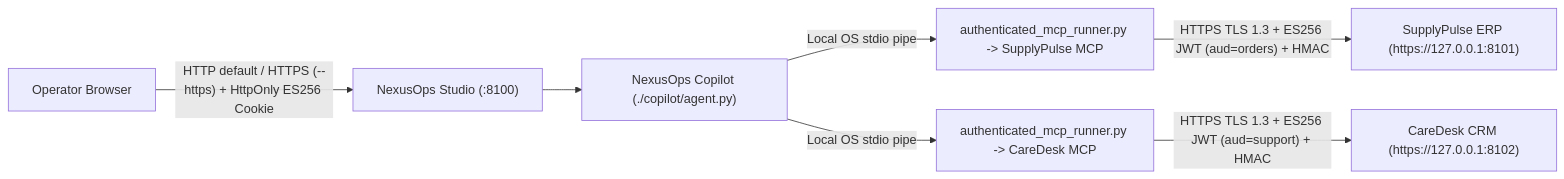
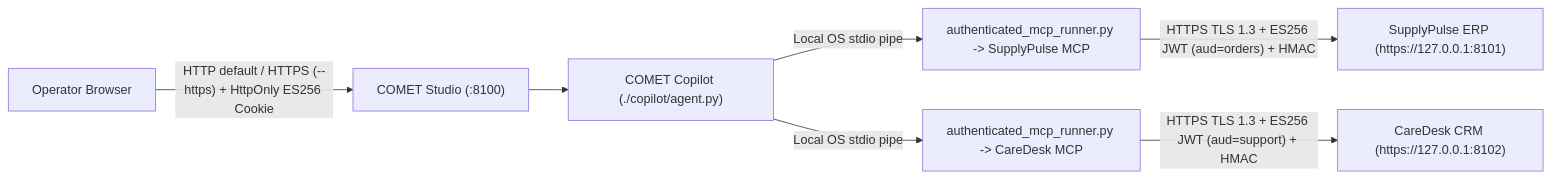
Before and after one commit to Shmcandi/COMET: the diagram in PROJECT_REPORT.md, drawn with Mermaid. The commit also changed other lines of this file and 17 other files, not shown here.

Commit message:
Rebrand project, Studio UI, PKI/JWT issuer, and reports to COMET

````diff
--- a/PROJECT_REPORT.md
+++ b/PROJECT_REPORT.md
@@ -33,9 +33,9 @@
 ```mermaid
 flowchart LR
-    Browser["Operator Browser"] -->|"HTTP default / HTTPS (--https) + HttpOnly ES256 Cookie"| Studio["NexusOps Studio (:8100)"]
-    Studio --> Copilot["NexusOps Copilot (./copilot/agent.py)"]
+    Browser["Operator Browser"] -->|"HTTP default / HTTPS (--https) + HttpOnly ES256 Cookie"| Studio["COMET Studio (:8100)"]
+    Studio --> Copilot["COMET Copilot (./copilot/agent.py)"]
     Copilot -->|"Local OS stdio pipe"| Runner1["authenticated_mcp_runner.py -> SupplyPulse MCP"]
     Copilot -->|"Local OS stdio pipe"| Runner2["authenticated_mcp_runner.py -> CareDesk MCP"]
     Runner1 -->|"HTTPS TLS 1.3 + ES256 JWT (aud=orders) + HMAC"| S1["SupplyPulse ERP (https://127.0.0.1:8101)"]
     Runner2 -->|"HTTPS TLS 1.3 + ES256 JWT (aud=support) + HMAC"| S2["CareDesk CRM (https://127.0.0.1:8102)"]
 ```
````
